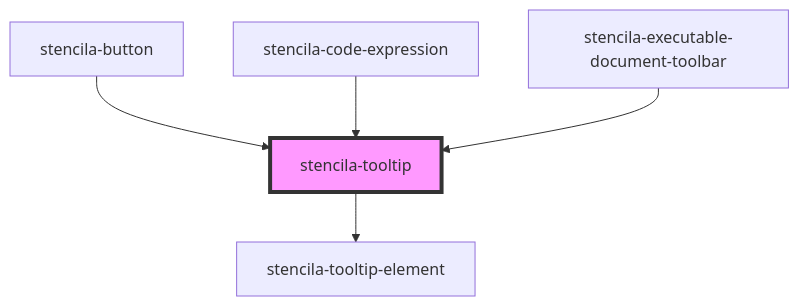
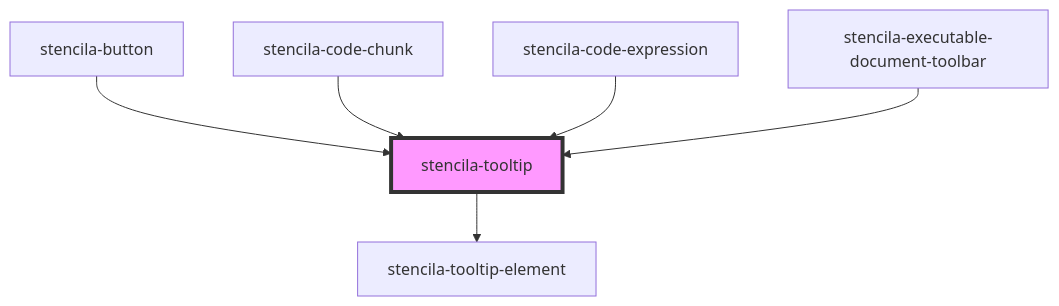
One commit to stencila/designa changed the diagram in packages/components/src/components/tooltip/readme.md. Above: the diagram before and after it, drawn with Mermaid. The commit also changed other lines of this file and 15 other files, not shown here.

````diff
--- a/packages/components/src/components/tooltip/readme.md
+++ b/packages/components/src/components/tooltip/readme.md
@@ -28,8 +29,9 @@
 ```mermaid
 graph TD;
   stencila-tooltip --> stencila-tooltip-element
   stencila-button --> stencila-tooltip
+  stencila-code-chunk --> stencila-tooltip
   stencila-code-expression --> stencila-tooltip
   stencila-executable-document-toolbar --> stencila-tooltip
   style stencila-tooltip fill:#f9f,stroke:#333,stroke-width:4px
 ```
````
